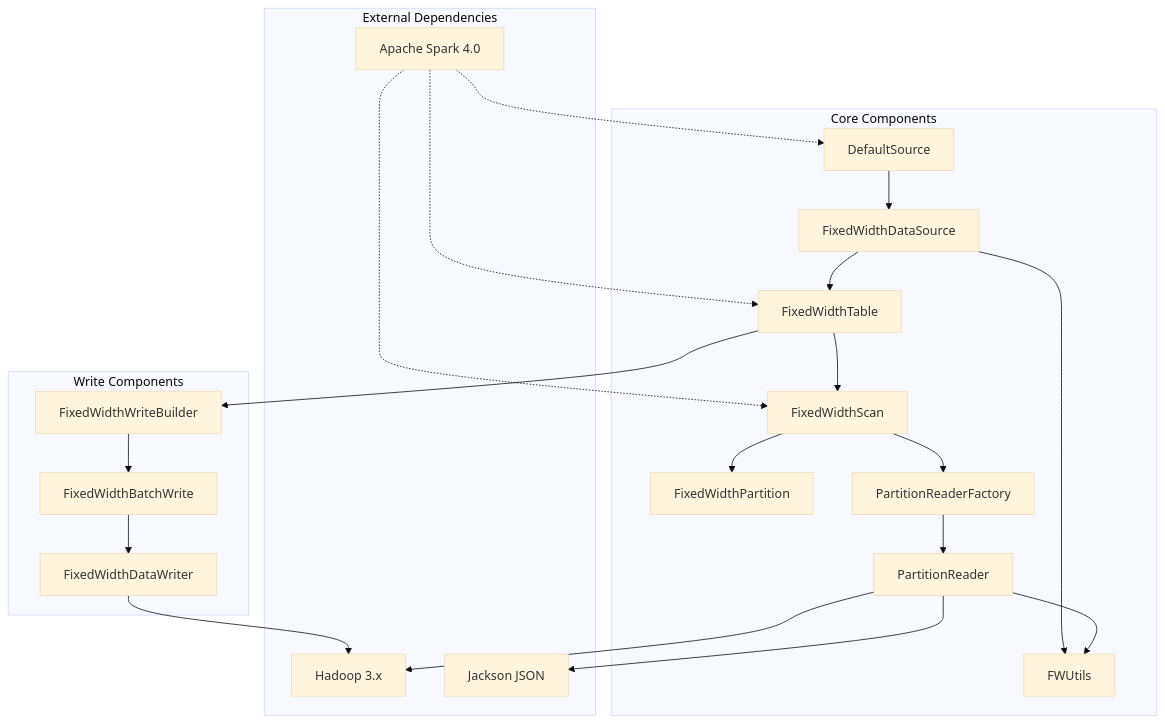
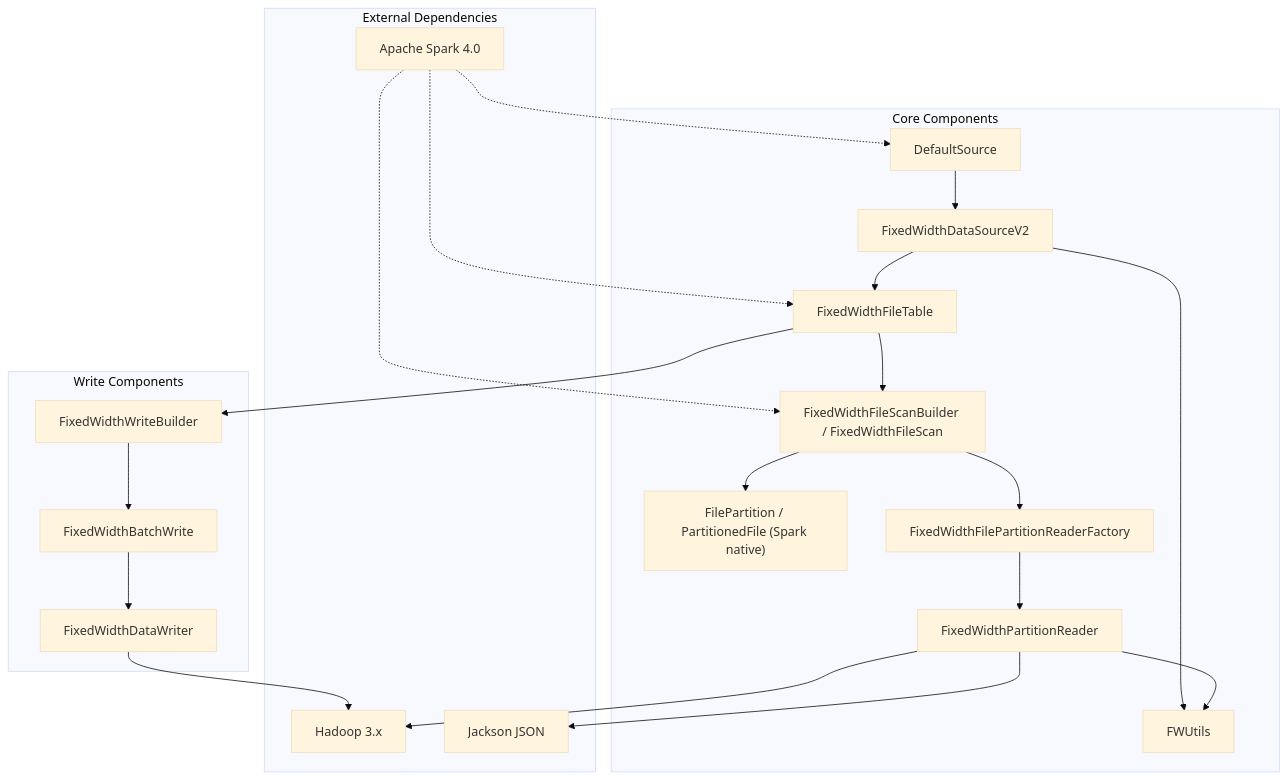
The sixth of 6 diagrams in docs/ARCHITECTURE.md (alextimmer/spark-databricks-fixedwidth-datasource-v2), drawn with Mermaid (base theme) before and after one commit. The commit also changed other lines of this file and 32 other files, not shown here.

First line of the commit message:
feat: migrate read path to Spark FileScan machinery (0.2.0)

````diff
--- a/docs/ARCHITECTURE.md
+++ b/docs/ARCHITECTURE.md
@@ -600,44 +618,44 @@
 ```mermaid
 flowchart TD
     subgraph External["External Dependencies"]
         Spark["Apache Spark 4.0"]
         Hadoop["Hadoop 3.x"]
         Jackson["Jackson JSON"]
     end
 
     subgraph Core["Core Components"]
         DS["DefaultSource"]
-        DSImpl["FixedWidthDataSource"]
-        Table["FixedWidthTable"]
-        Scan["FixedWidthScan"]
-        Part["FixedWidthPartition"]
-        Factory["PartitionReaderFactory"]
-        Reader["PartitionReader"]
+        DSImpl["FixedWidthDataSourceV2"]
+        Table["FixedWidthFileTable"]
+        Scan["FixedWidthFileScanBuilder / FixedWidthFileScan"]
+        Part["FilePartition / PartitionedFile (Spark native)"]
+        Factory["FixedWidthFilePartitionReaderFactory"]
+        Reader["FixedWidthPartitionReader"]
         Utils["FWUtils"]
     end
 
     subgraph Write["Write Components"]
         WriteBuilder["FixedWidthWriteBuilder"]
         BatchWrite["FixedWidthBatchWrite"]
         DataWriter["FixedWidthDataWriter"]
     end
 
     DS --> DSImpl
     DSImpl --> Table
     DSImpl --> Utils
     Table --> Scan
     Table --> WriteBuilder
     Scan --> Part
     Scan --> Factory
     Factory --> Reader
     Reader --> Utils
     Reader --> Hadoop
     Reader --> Jackson
     WriteBuilder --> BatchWrite
     BatchWrite --> DataWriter
     DataWriter --> Hadoop
 
     Spark -.-> DS
     Spark -.-> Table
     Spark -.-> Scan
 ```
````
